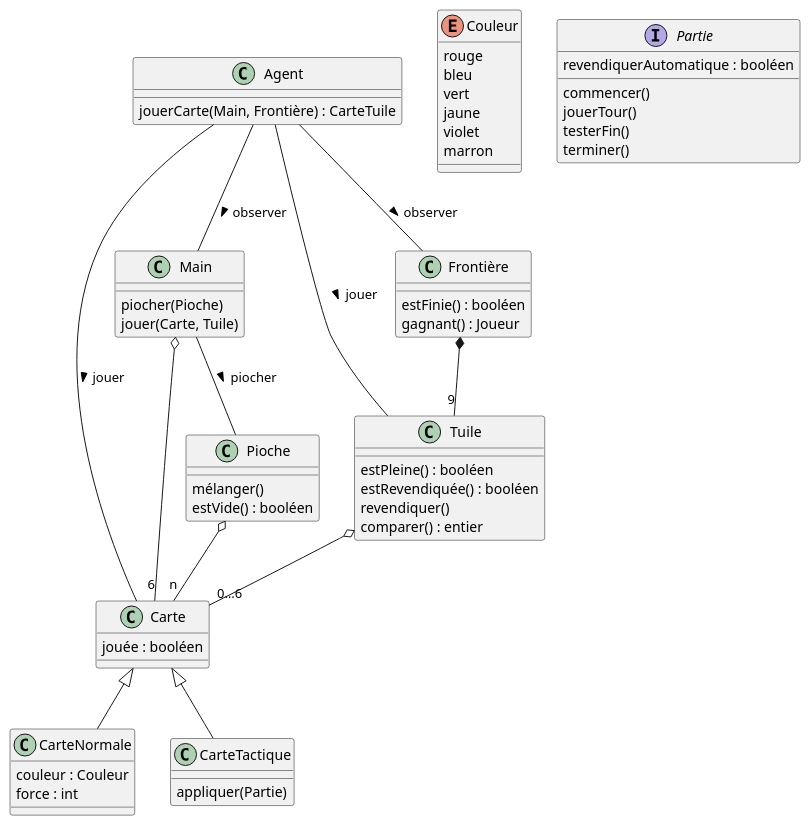
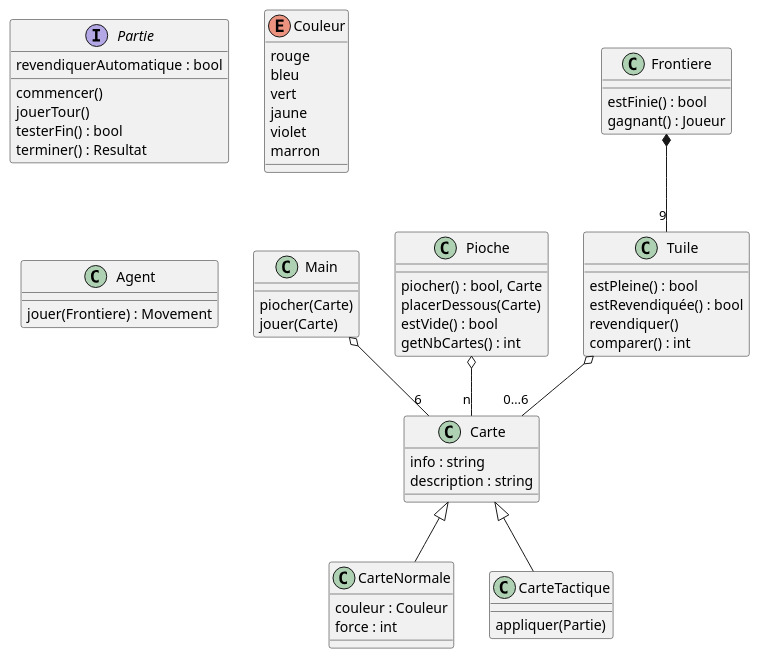
The diagram in plantuml/partie.plantuml (Ocean2356/SchottenTotten_OOP-Cpp), drawn with PlantUML before and after one commit. The commit also changed 3 other files, not shown here.

```diff
--- a/plantuml/partie.plantuml
+++ b/plantuml/partie.plantuml
@@ -1,75 +1,78 @@
 @startuml SchottenTotten
 
+interface Partie {
+    ' édition : texte 
+    revendiquerAutomatique : bool 
+    commencer()
+    jouerTour()
+    testerFin() : bool
+    terminer() : Resultat
+}
+
 class Carte {
-
-    jouée : booléen
+    info : string 
+    description : string
 }
 
 class CarteNormale {
-
     couleur : Couleur
     force : int 
 }
+
 enum Couleur {
     rouge
     bleu
     vert
     jaune
     violet
     marron
 }
+
 class CarteTactique {
-
     appliquer(Partie)
 }
+
 class Main {
+    piocher(Carte)
+    jouer(Carte)
+}
 
-    piocher(Pioche)
-    jouer(Carte, Tuile)
+class Pioche {
+    piocher() : bool, Carte
+    placerDessous(Carte)
+    estVide() : bool
+    getNbCartes() : int
 }
-class Pioche {
 
-    mélanger()
-    estVide() : booléen
+class Tuile {
+    estPleine() : bool
+    estRevendiquée() : bool
+    revendiquer()
+    comparer() : int
 }
-class Tuile {
 
-    estPleine() : booléen
-    estRevendiquée() : booléen
-    revendiquer()
-    comparer() : entier
-}
-class Frontière {
-
-    estFinie() : booléen
+class Frontiere {
+    estFinie() : bool
     gagnant() : Joueur
 }
+
 class Agent {
-
-    jouerCarte(Main, Frontière) : CarteTuile
-}
-interface Partie {
-    ' édition : texte 
-    revendiquerAutomatique : booléen 
-    commencer()
-    jouerTour()
-    testerFin()
-    terminer()
+    jouer(Frontiere) : Movement
 }
 
 Carte <|-- CarteNormale
 Carte <|-- CarteTactique
 Main o-- "6" Carte
 Pioche o-- "n" Carte
 Tuile o-- “0…6” Carte
-Frontière *-- “9” Tuile
+Frontiere *-- “9” Tuile
 
-Agent -- Frontière : observer >
-Agent -- Main : observer >
+' Agent -- Frontiere : observer >
+' Agent -- Main : observer >
 
-Agent -- Carte : jouer >
-Agent -- Tuile : jouer >
+' Agent -- Carte : jouer >
+' Agent -- Tuile : jouer >
 
-Main -- Pioche : piocher >
+' Main -- Pioche : piocher >
 
 @enduml
```
